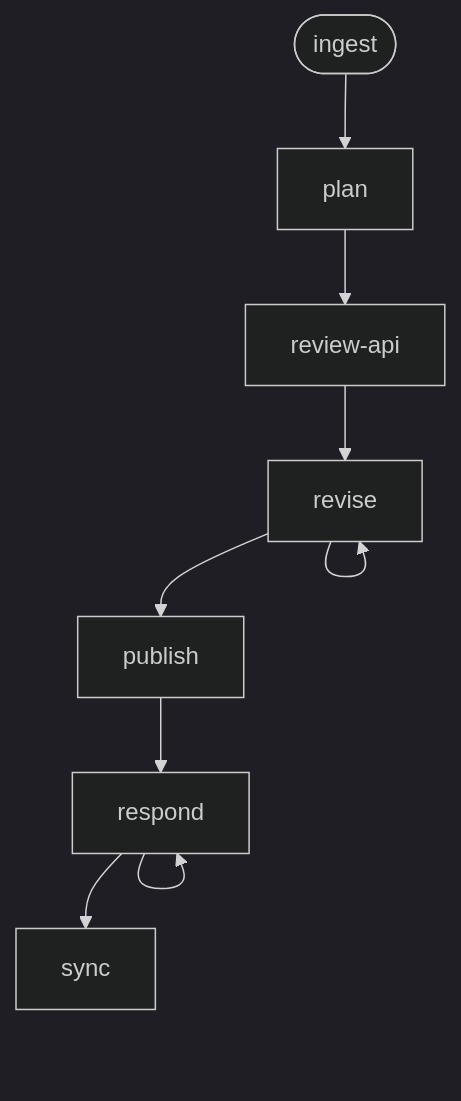
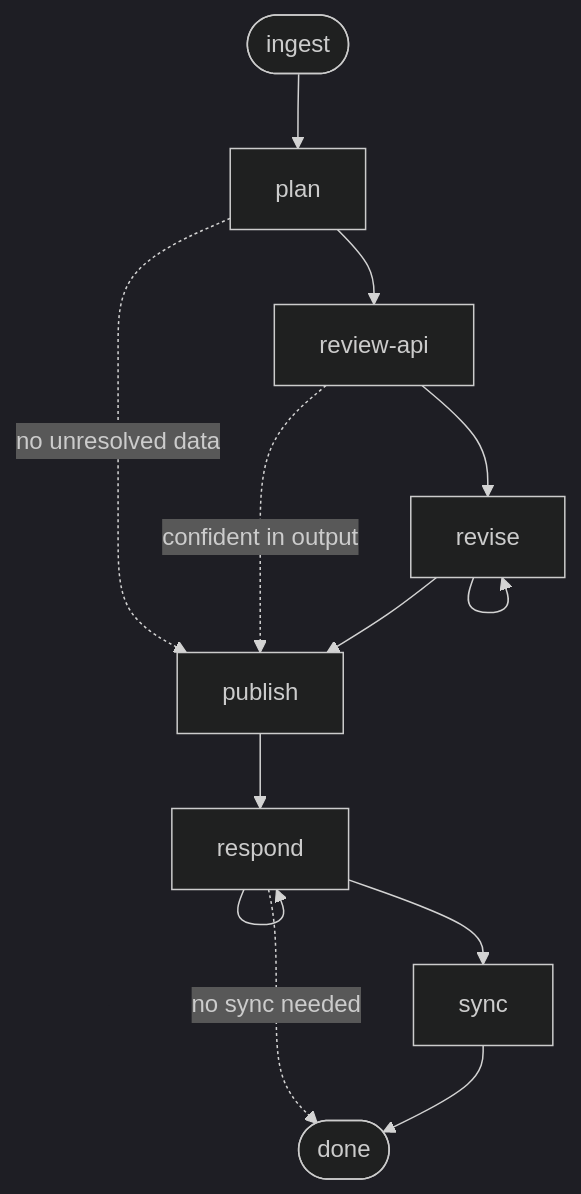
One commit to flightctl/ai-workflows changed the diagram in ui-design/README.md. Above: the diagram before and after it, drawn with Mermaid (dark theme). The commit also changed other lines of this file and 1 other file, not shown here.

Commit message:
Address CodeRabbit review batch 1: README and flow diagram fixes
- Mark UX handoff as optional in root README.md workflow description
- Update ui-design/README.md mermaid flow diagram to show optional
  transitions: plan→publish (no unresolved data), review-api→publish
  (confident in output), respond→done (no sync needed)
- Make Jira access conditional for /ingest (Jira flow only) in the
  prerequisites table

````diff
--- a/ui-design/README.md
+++ b/ui-design/README.md
@@ -15,11 +15,15 @@
 ```mermaid
 graph TD
     ingest([ingest]) --> plan
     plan --> review-api
+    plan -.->|no unresolved data| publish
     review-api --> revise
+    review-api -.->|confident in output| publish
     revise --> revise
     revise --> publish
     publish --> respond
     respond --> respond
     respond --> sync
+    respond -.->|no sync needed| done([done])
+    sync --> done
 ```
````
